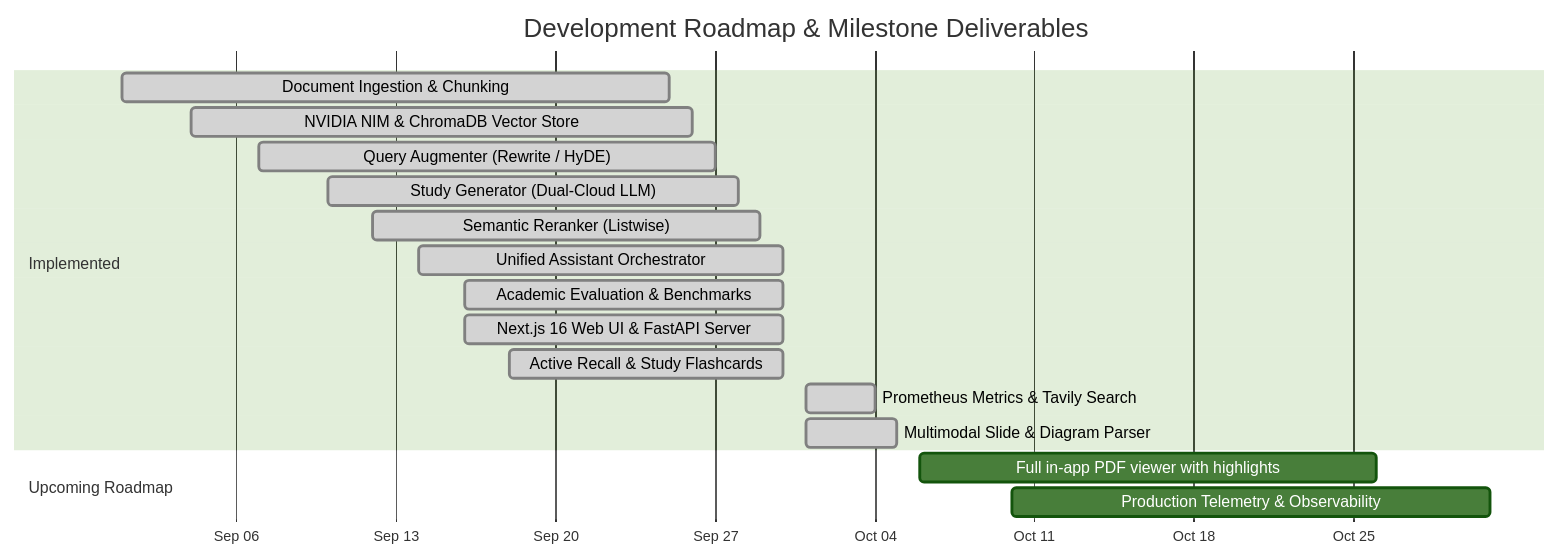
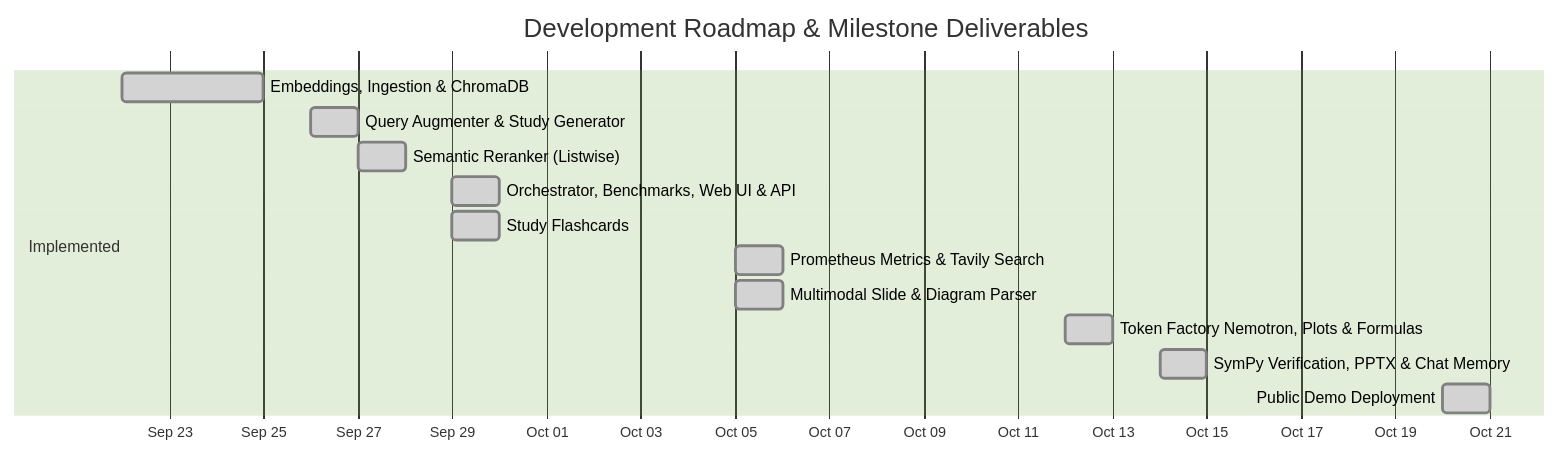
The second of 2 diagrams in README.md (Khazar451/study-assistant), drawn with Mermaid (forest theme) before and after one commit. The commit also changed other lines of this file, not shown here.

````diff
--- a/README.md
+++ b/README.md
@@ -266,21 +267,17 @@
 ```mermaid
 gantt
     title Development Roadmap & Milestone Deliverables
     dateFormat  YYYY-MM-DD
     axisFormat  %b %d
     section Implemented
-    Document Ingestion & Chunking       :done, 2026-09-01, 2026-09-25
-    NVIDIA NIM & ChromaDB Vector Store  :done, 2026-09-04, 2026-09-26
-    Query Augmenter (Rewrite / HyDE)    :done, 2026-09-07, 2026-09-27
-    Study Generator (Dual-Cloud LLM)    :done, 2026-09-10, 2026-09-28
-    Semantic Reranker (Listwise)        :done, 2026-09-12, 2026-09-29
-    Unified Assistant Orchestrator      :done, 2026-09-14, 2026-09-30
-    Academic Evaluation & Benchmarks    :done, 2026-09-16, 2026-09-30
-    Next.js 16 Web UI & FastAPI Server  :done, 2026-09-16, 2026-09-30
-    Active Recall & Study Flashcards    :done, 2026-09-18, 2026-09-30
-    Prometheus Metrics & Tavily Search  :done, 2026-10-01, 2026-10-04
-    Multimodal Slide & Diagram Parser   :done, 2026-10-01, 2026-10-05
-    section Upcoming Roadmap
-    Full in-app PDF viewer with highlights :2026-10-06, 2026-10-26
-    Production Telemetry & Observability:2026-10-10, 2026-10-31
+    Embeddings, Ingestion & ChromaDB         :done, 2026-09-22, 2026-09-25
+    Query Augmenter & Study Generator        :done, 2026-09-26, 1d
+    Semantic Reranker (Listwise)             :done, 2026-09-27, 1d
+    Orchestrator, Benchmarks, Web UI & API   :done, 2026-09-29, 1d
+    Study Flashcards                         :done, 2026-09-29, 1d
+    Prometheus Metrics & Tavily Search       :done, 2026-10-05, 1d
+    Multimodal Slide & Diagram Parser        :done, 2026-10-05, 1d
+    Token Factory Nemotron, Plots & Formulas :done, 2026-10-12, 1d
+    SymPy Verification, PPTX & Chat Memory   :done, 2026-10-14, 1d
+    Public Demo Deployment                   :done, 2026-10-20, 1d
 ```
````
